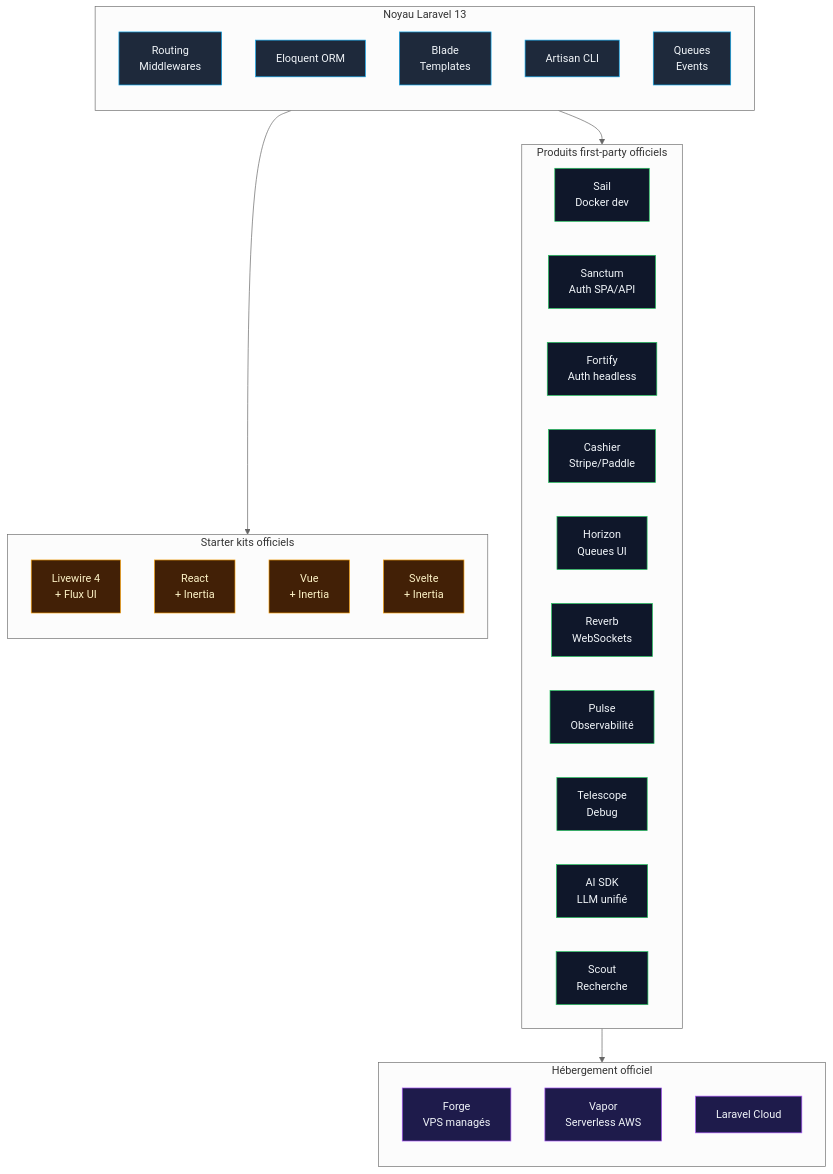
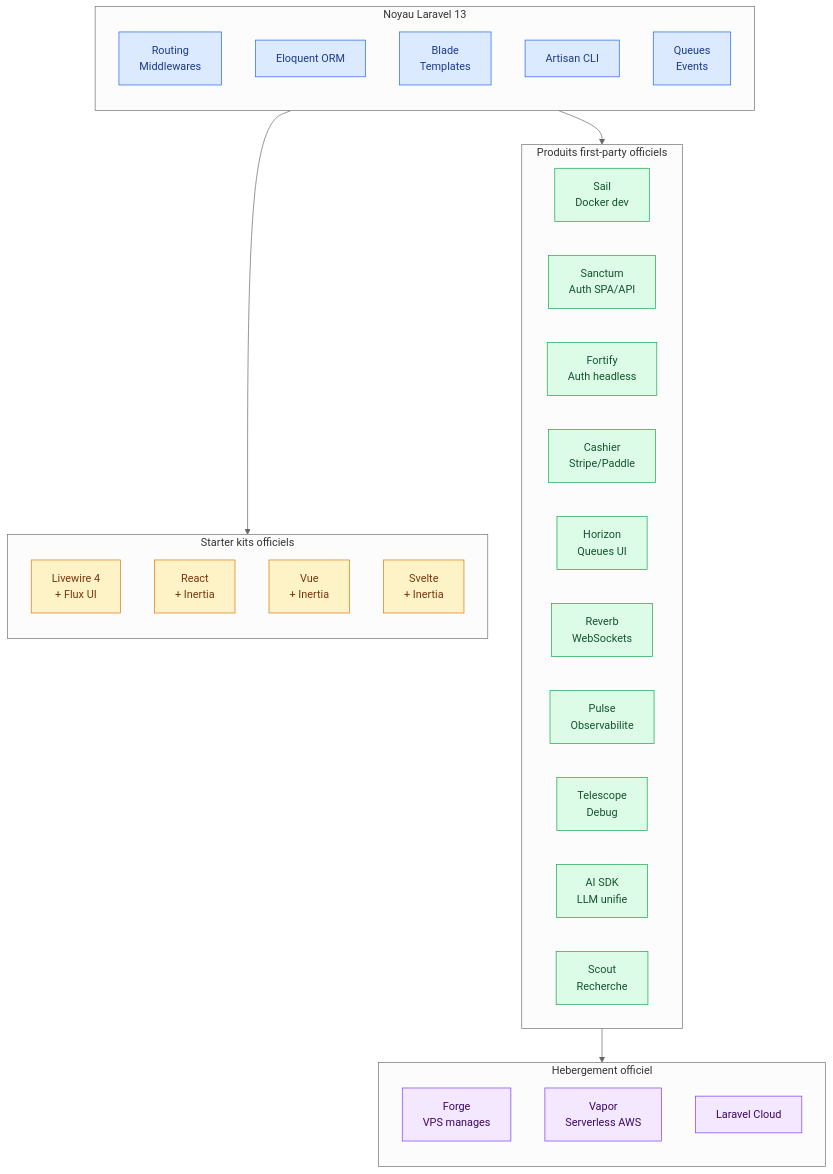
The first of 3 diagrams in docs/dev-cloud/frameworks/laravel/chapitre-00/03-pourquoi-laravel-professionnel.md (zyrass/omnydocs), drawn with Mermaid before and after one commit. The commit also changed other lines of this file and 14 other files, not shown here.

````diff
--- a/docs/dev-cloud/frameworks/laravel/chapitre-00/03-pourquoi-laravel-professionnel.md
+++ b/docs/dev-cloud/frameworks/laravel/chapitre-00/03-pourquoi-laravel-professionnel.md
@@ -46,57 +46,54 @@
 ```mermaid
----
-config:
-  theme: neutral
----
+%%{init: {'theme':'neutral'}}%%
 flowchart TB
     subgraph CORE["Noyau Laravel 13"]
         direction TB
         ROUTING["Routing<br/>Middlewares"]
         ELOQUENT["Eloquent ORM"]
         BLADE["Blade<br/>Templates"]
         ARTISAN["Artisan CLI"]
         QUEUES["Queues<br/>Events"]
     end
 
     subgraph FIRSTPARTY["Produits first-party officiels"]
         SAIL["Sail<br/>Docker dev"]
         SANCTUM["Sanctum<br/>Auth SPA/API"]
         FORTIFY["Fortify<br/>Auth headless"]
         CASHIER["Cashier<br/>Stripe/Paddle"]
         HORIZON["Horizon<br/>Queues UI"]
         REVERB["Reverb<br/>WebSockets"]
-        PULSE["Pulse<br/>Observabilité"]
+        PULSE["Pulse<br/>Observabilite"]
         TELESCOPE["Telescope<br/>Debug"]
-        AISDK["AI SDK<br/>LLM unifié"]
+        AISDK["AI SDK<br/>LLM unifie"]
         SCOUT["Scout<br/>Recherche"]
     end
 
-    subgraph HOSTING["Hébergement officiel"]
+    subgraph HOSTING["Hebergement officiel"]
     direction TB
-        FORGE["Forge<br/>VPS managés"]
+        FORGE["Forge<br/>VPS manages"]
         VAPOR["Vapor<br/>Serverless AWS"]
         CLOUD["Laravel Cloud"]
     end
 
     subgraph STARTERS["Starter kits officiels"]
     direction TB
         LIVEWIRE["Livewire 4<br/>+ Flux UI"]
         REACT["React<br/>+ Inertia"]
         VUE["Vue<br/>+ Inertia"]
         SVELTE["Svelte<br/>+ Inertia"]
     end
 
     CORE --> FIRSTPARTY
     FIRSTPARTY --> HOSTING
     CORE --> STARTERS
 
-    classDef coreClass fill:#1e293b,stroke:#0ea5e9,color:#f1f5f9
-    classDef firstClass fill:#0f172a,stroke:#22c55e,color:#f1f5f9
-    classDef hostClass fill:#1e1b4b,stroke:#a855f7,color:#f1f5f9
-    classDef starterClass fill:#422006,stroke:#f59e0b,color:#fef3c7
+    classDef coreClass fill:#dbeafe,stroke:#2563eb,color:#1e3a8a
+    classDef firstClass fill:#dcfce7,stroke:#16a34a,color:#14532d
+    classDef hostClass fill:#f3e8ff,stroke:#7c3aed,color:#3b0764
+    classDef starterClass fill:#fef3c7,stroke:#d97706,color:#78350f
 
     class ROUTING,ELOQUENT,BLADE,ARTISAN,QUEUES coreClass
     class SAIL,SANCTUM,FORTIFY,CASHIER,HORIZON,REVERB,PULSE,TELESCOPE,AISDK,SCOUT firstClass
     class FORGE,VAPOR,CLOUD hostClass
     class LIVEWIRE,REACT,VUE,SVELTE starterClass
 ```
````
